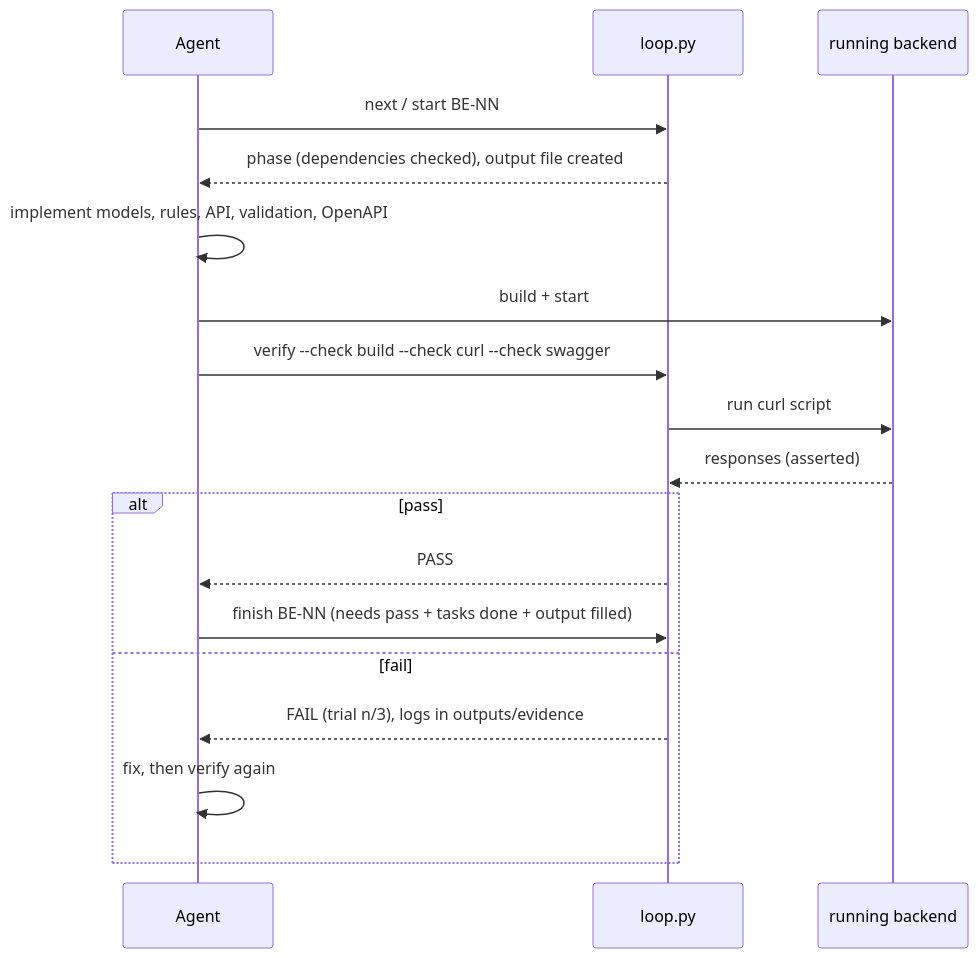
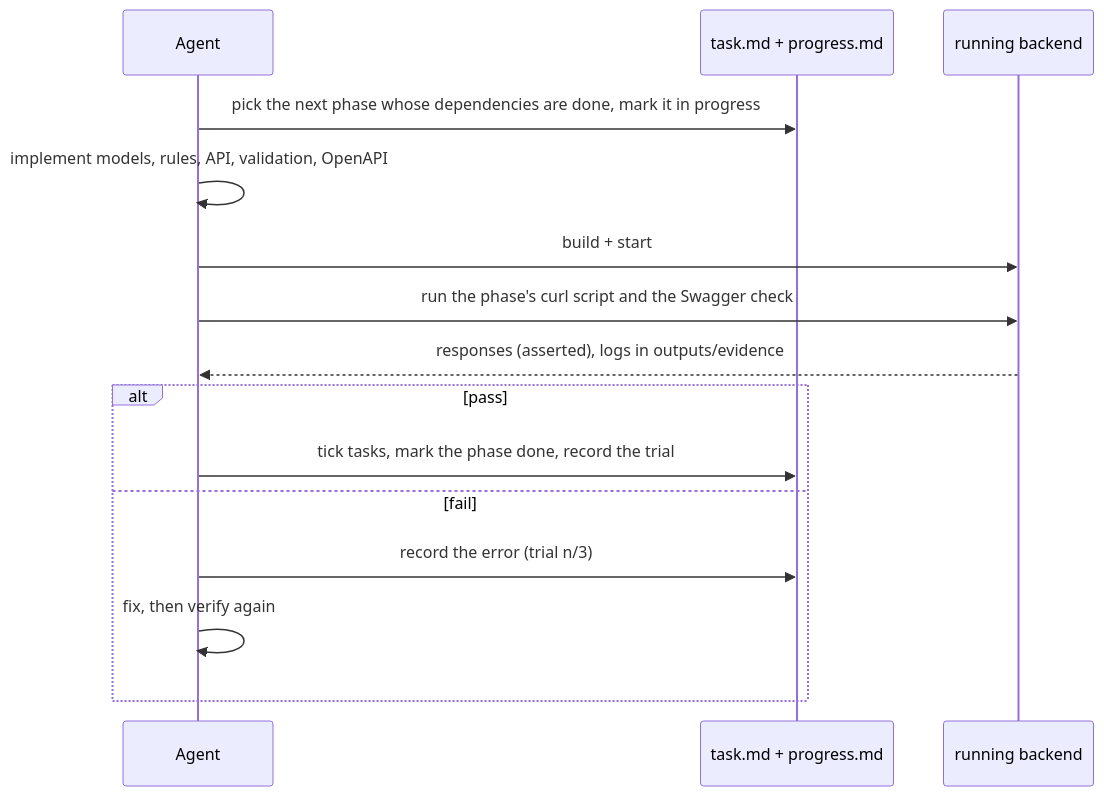
Before and after one commit to omarwt/quickflow: the second of 5 diagrams in README.md, drawn with Mermaid. The commit also changed other lines of this file and 8 other files, not shown here.

````diff
--- a/README.md
+++ b/README.md
@@ -172,21 +174,18 @@
 ```mermaid
 sequenceDiagram
     participant Agent
-    participant LoopPy as loop.py
+    participant Files as task.md + progress.md
     participant Backend as running backend
 
-    Agent->>LoopPy: next / start BE-NN
-    LoopPy-->>Agent: phase (dependencies checked), output file created
+    Agent->>Files: pick the next phase whose dependencies are done, mark it in progress
     Agent->>Agent: implement models, rules, API, validation, OpenAPI
     Agent->>Backend: build + start
-    Agent->>LoopPy: verify --check build --check curl --check swagger
-    LoopPy->>Backend: run curl script
-    Backend-->>LoopPy: responses (asserted)
+    Agent->>Backend: run the phase's curl script and the Swagger check
+    Backend-->>Agent: responses (asserted), logs in outputs/evidence
     alt pass
-        LoopPy-->>Agent: PASS
-        Agent->>LoopPy: finish BE-NN (needs pass + tasks done + output filled)
+        Agent->>Files: tick tasks, mark the phase done, record the trial
     else fail
-        LoopPy-->>Agent: FAIL (trial n/3), logs in outputs/evidence
+        Agent->>Files: record the error (trial n/3)
         Agent->>Agent: fix, then verify again
     end
 ```
````
